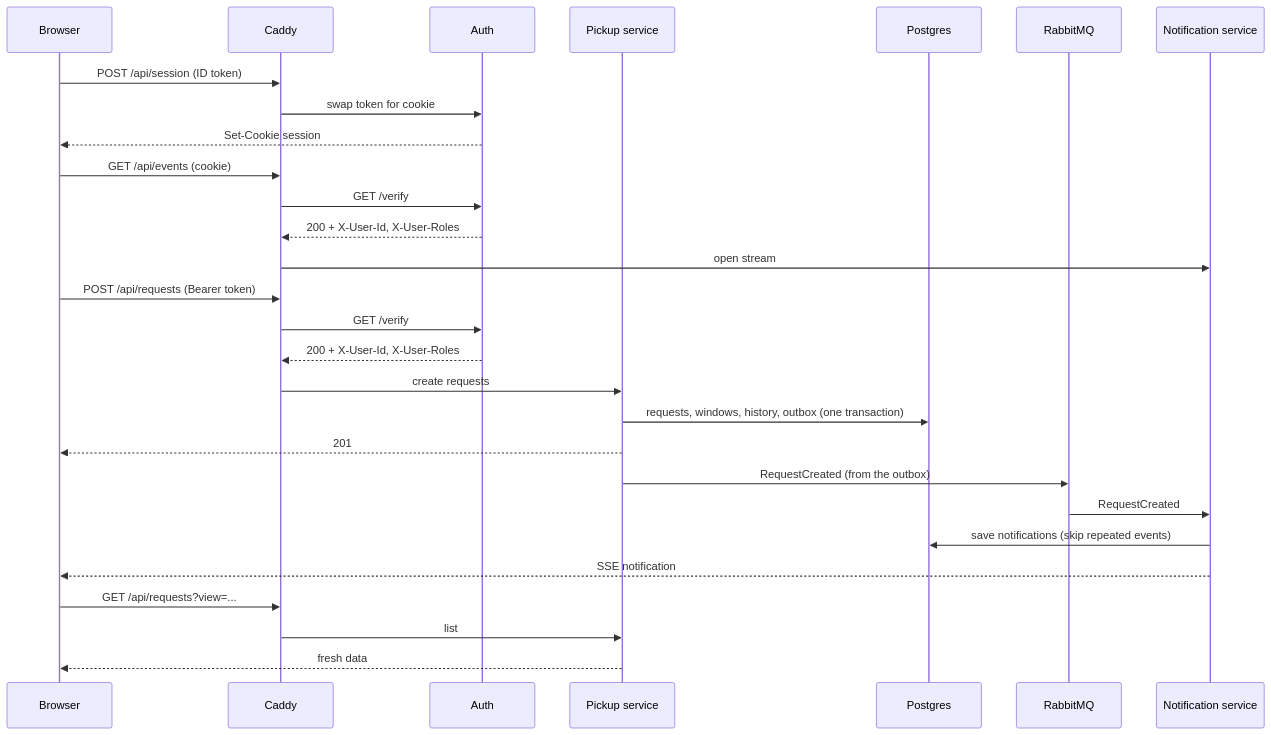
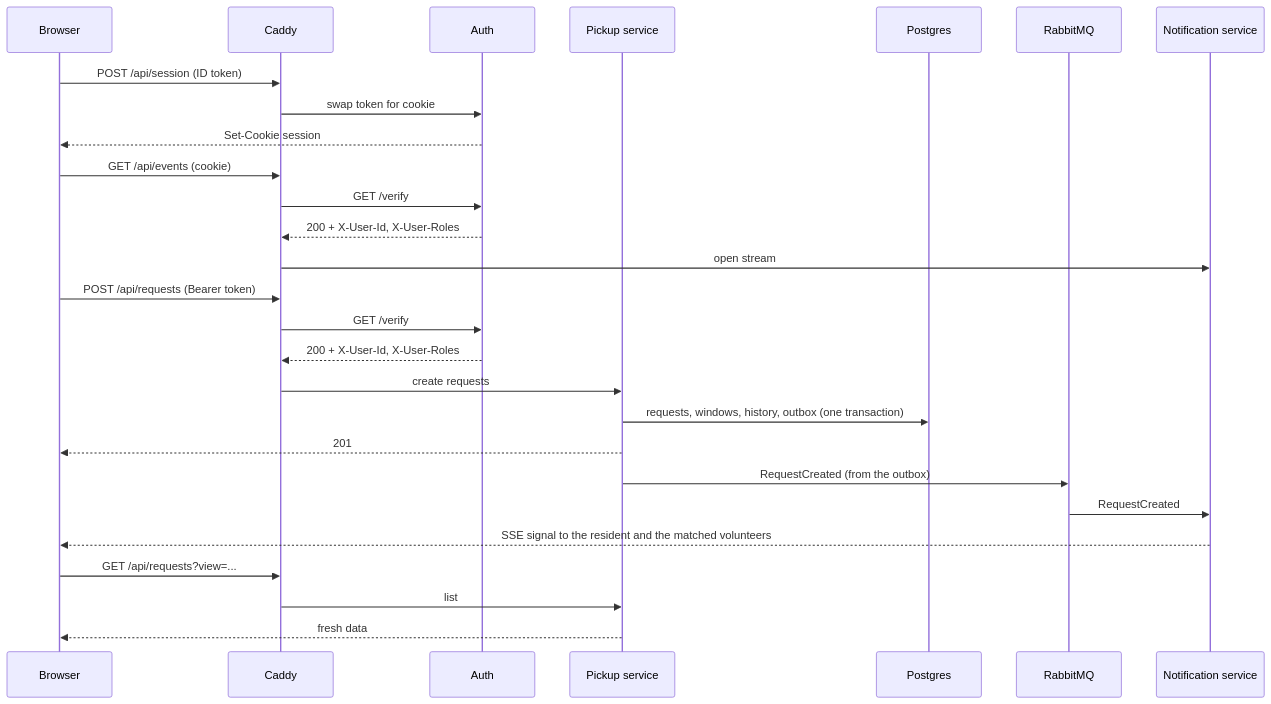
The diagram in contracts/README.md (dannydufau/ecocollect), drawn with Mermaid before and after one commit. The commit also changed other lines of this file and 2 other files, not shown here.

Commit message:
Describe the notification service as stateless, with no database

````diff
--- a/contracts/README.md
+++ b/contracts/README.md
@@ -27,32 +27,31 @@
 ```mermaid
 sequenceDiagram
     participant B as Browser
     participant C as Caddy
     participant A as Auth
     participant P as Pickup service
     participant DB as Postgres
     participant MQ as RabbitMQ
     participant N as Notification service
 
     B->>C: POST /api/session (ID token)
     C->>A: swap token for cookie
     A-->>B: Set-Cookie session
     B->>C: GET /api/events (cookie)
     C->>A: GET /verify
     A-->>C: 200 + X-User-Id, X-User-Roles
     C->>N: open stream
 
     B->>C: POST /api/requests (Bearer token)
     C->>A: GET /verify
     A-->>C: 200 + X-User-Id, X-User-Roles
     C->>P: create requests
     P->>DB: requests, windows, history, outbox (one transaction)
     P-->>B: 201
     P->>MQ: RequestCreated (from the outbox)
     MQ->>N: RequestCreated
-    N->>DB: save notifications (skip repeated events)
-    N-->>B: SSE notification
+    N-->>B: SSE signal to the resident and the matched volunteers
     B->>C: GET /api/requests?view=...
     C->>P: list
     P-->>B: fresh data
 ```
````
